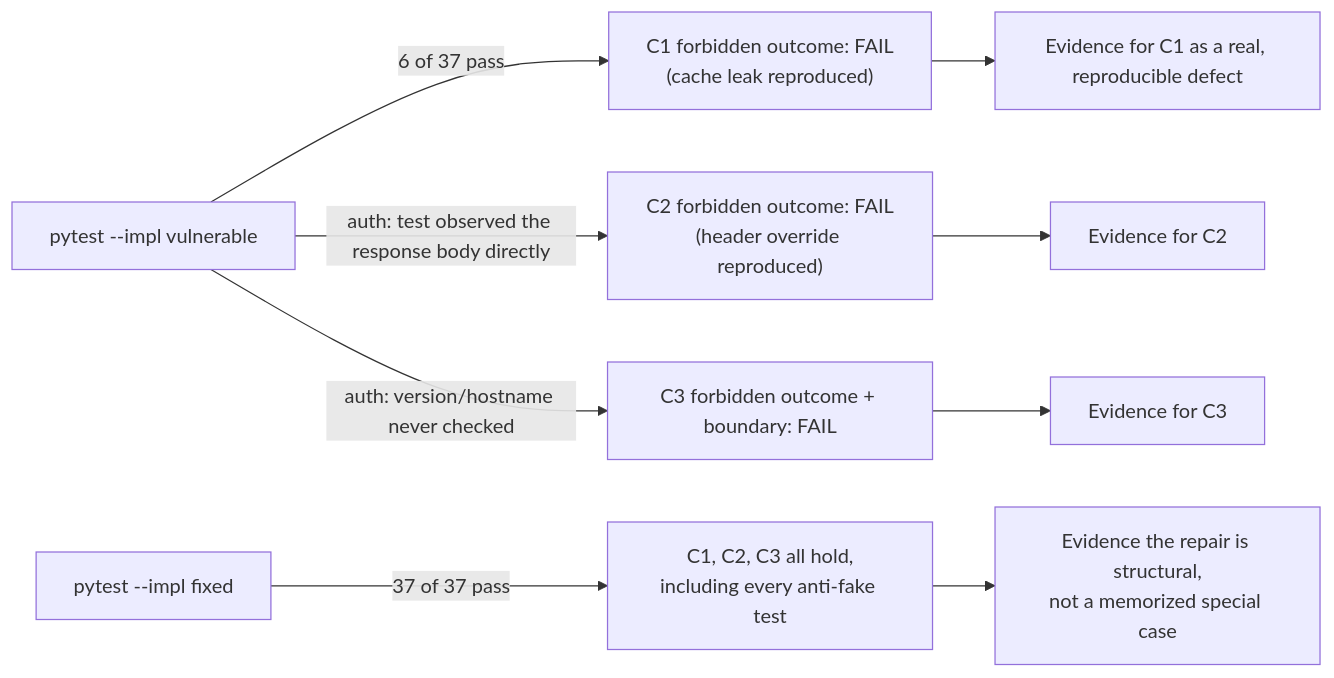
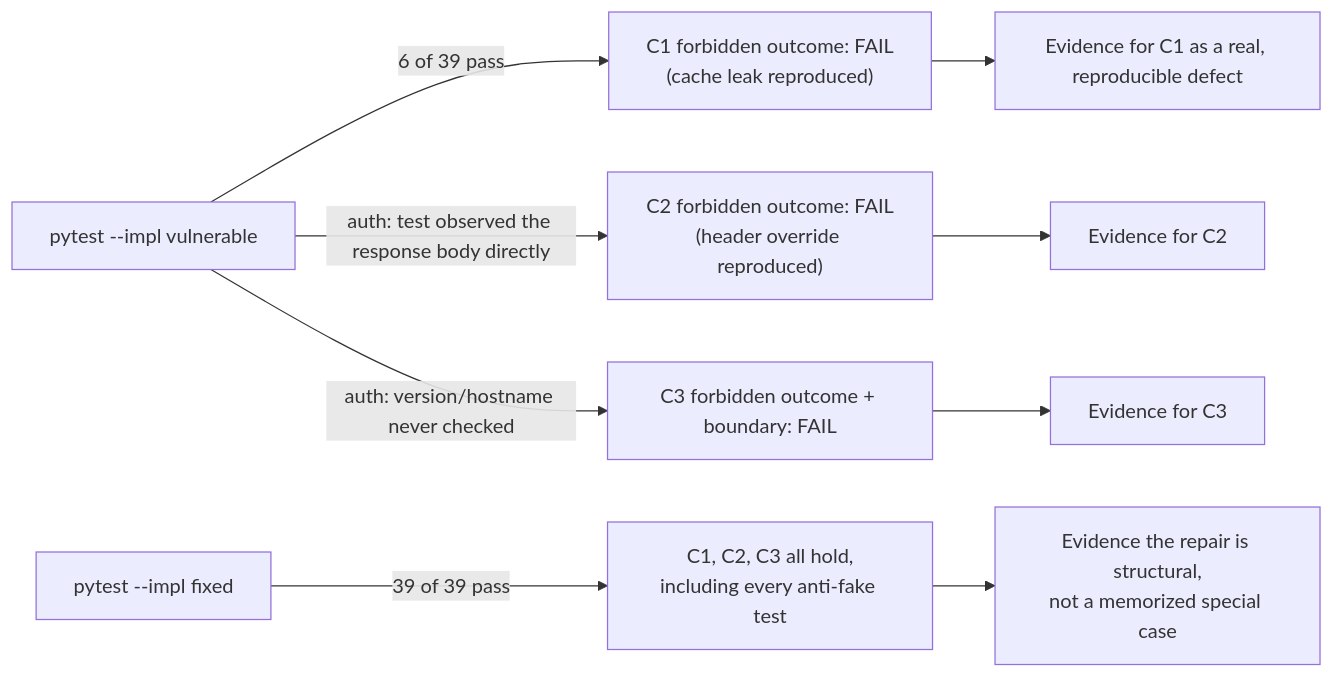
The diagram in content/modules/2/2.2/lessons/05-verify.md (ishitvagoel/LearnSecurity), drawn with Mermaid before and after one commit. The commit also changed other lines of this file and 7 other files, not shown here.

````diff
--- a/content/modules/2/2.2/lessons/05-verify.md
+++ b/content/modules/2/2.2/lessons/05-verify.md
@@ -23,11 +23,11 @@
 ```mermaid
 flowchart LR
-  Run["pytest --impl vulnerable"] -->|"6 of 37 pass"| V1["C1 forbidden outcome: FAIL\n(cache leak reproduced)"]
+  Run["pytest --impl vulnerable"] -->|"6 of 39 pass"| V1["C1 forbidden outcome: FAIL\n(cache leak reproduced)"]
   Run -->|auth: test observed the response body directly| V2["C2 forbidden outcome: FAIL\n(header override reproduced)"]
   Run -->|auth: version/hostname never checked| V3["C3 forbidden outcome + boundary: FAIL"]
-  Fixed["pytest --impl fixed"] -->|"37 of 37 pass"| F1["C1, C2, C3 all hold,\nincluding every anti-fake test"]
+  Fixed["pytest --impl fixed"] -->|"39 of 39 pass"| F1["C1, C2, C3 all hold,\nincluding every anti-fake test"]
   V1 --> Claim1["Evidence for C1 as a real, reproducible defect"]
   V2 --> Claim2["Evidence for C2"]
   V3 --> Claim3["Evidence for C3"]
   F1 --> ClaimAll["Evidence the repair is structural,\nnot a memorized special case"]
 ```
````
